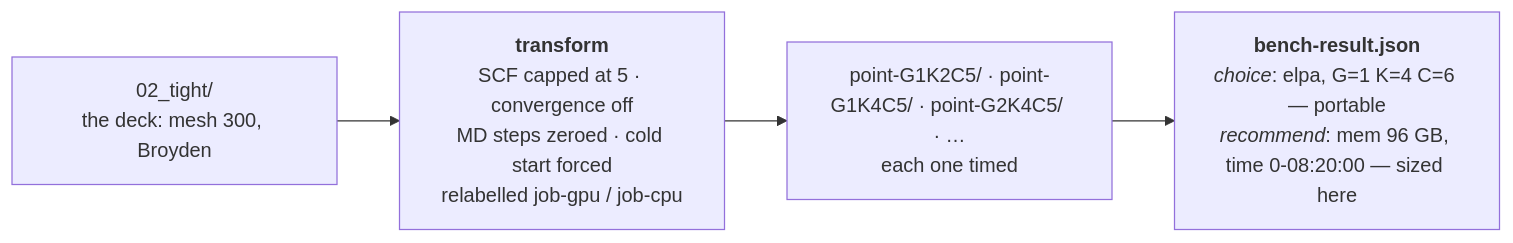
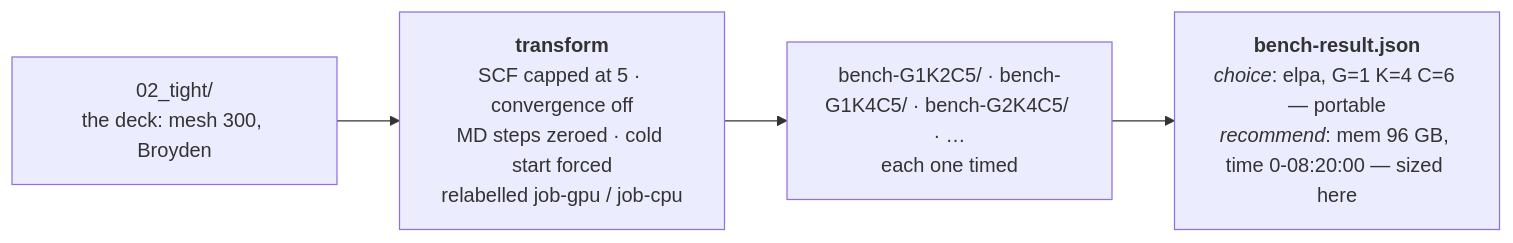
The second of 4 diagrams in docs/execution/worked-example.md (Qing-LAB/molbuilder), drawn with Mermaid before and after one commit. The commit also changed other lines of this file and 18 other files, not shown here.

````diff
--- a/docs/execution/worked-example.md
+++ b/docs/execution/worked-example.md
@@ -184,6 +184,6 @@
 ```mermaid
 flowchart LR
     T["02_tight/<br/>the deck: mesh 300, Broyden"] --> X["<b>transform</b><br/>SCF capped at 5 · convergence off<br/>MD steps zeroed · cold start forced<br/>relabelled job-gpu / job-cpu"]
-    X --> P["point-G1K2C5/ · point-G1K4C5/ · point-G2K4C5/ · …<br/>each one timed"]
+    X --> P["bench-G1K2C5/ · bench-G1K4C5/ · bench-G2K4C5/ · …<br/>each one timed"]
     P --> W["<b>bench-result.json</b><br/><i>choice</i>: elpa, G=1 K=4 C=6 — portable<br/><i>recommend</i>: mem 96 GB, time 0-08:20:00 — sized here"]
 ```
````
